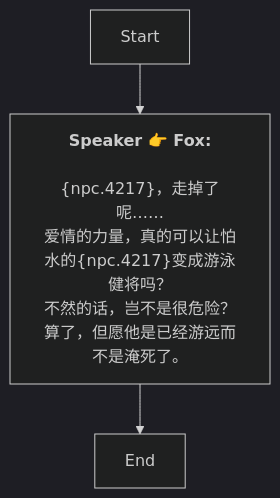
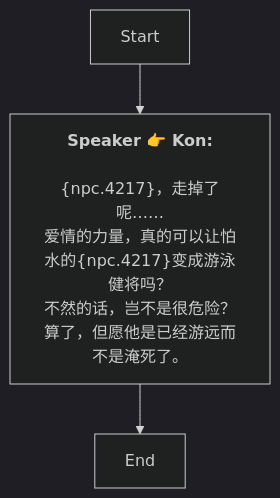
The diagram in Zh/AddDialogNode_1739675987714257.md (SoftHu/tos_avg), drawn with Mermaid (dark theme) before and after one commit. The commit also changed 730 other files, not shown here.

````diff
--- a/Zh/AddDialogNode_1739675987714257.md
+++ b/Zh/AddDialogNode_1739675987714257.md
@@ -1,8 +1,8 @@
 ```mermaid
 graph
-Start -->1739676225311956[<b>Speaker 👉 Fox:</b>
+Start -->1739676225311956[<b>Speaker 👉 Kon:</b>
 \n&lbrace;npc.4217&rbrace;，走掉了呢……\n爱情的力量，真的可以让怕水的&lbrace;npc.4217&rbrace;变成游泳健将吗？
 不然的话，岂不是很危险？\n算了，但愿他是已经游远而不是淹死了。]
 1739676225311956 -->1739676973754581[End]
 
 ```
````
